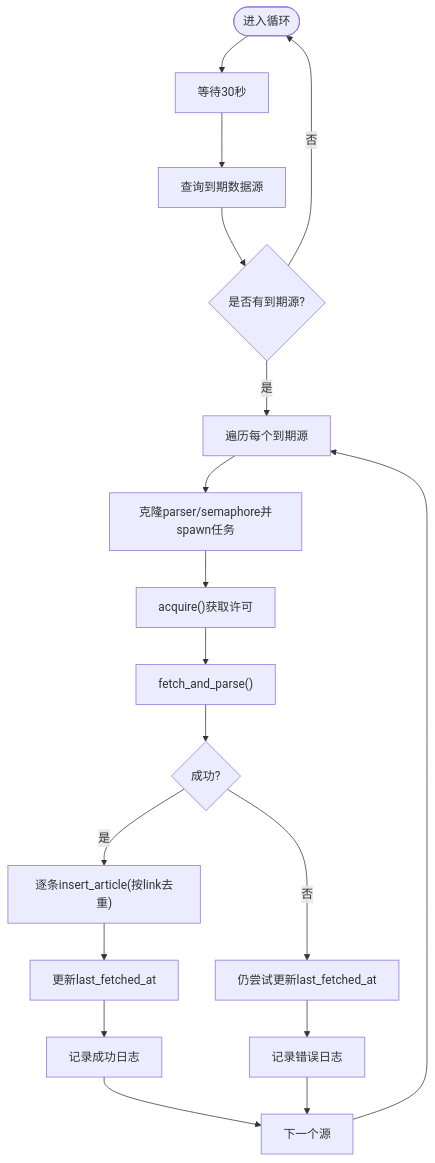
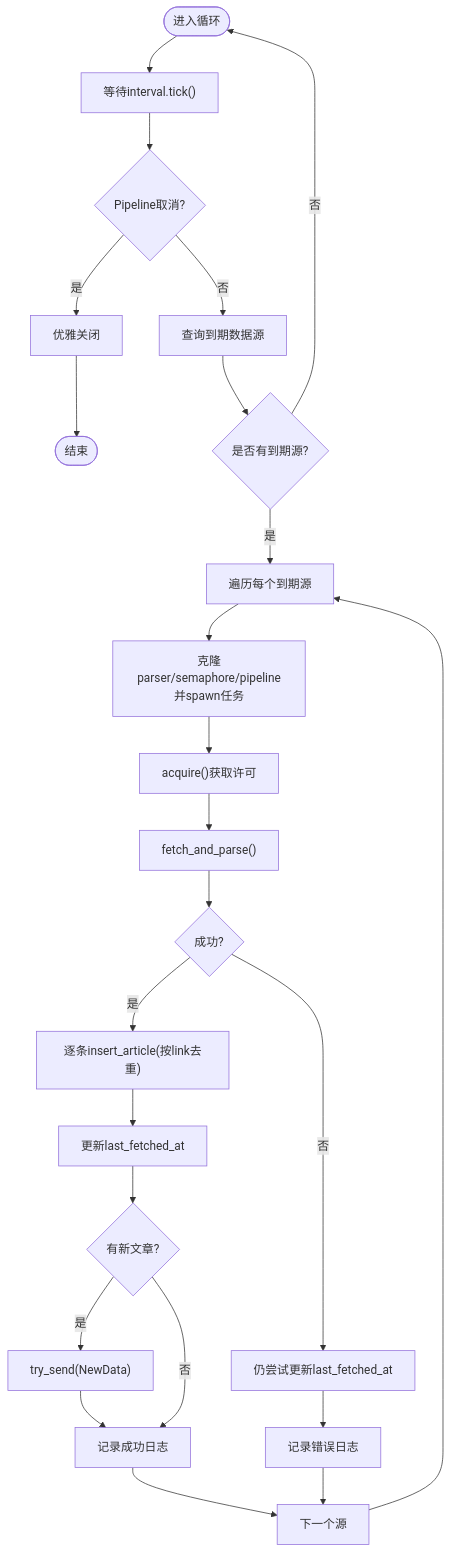
Before and after one commit to leimu-hue/AI-Trend-Tool: the fourth of 5 diagrams in .qoder/repowiki/zh/content/核心模块详解/内容采集模块（Parser）/内容采集模块（Parser）.md, drawn with Mermaid. The commit also changed other lines of this file and 74 other files, not shown here.

````diff
--- a/.qoder/repowiki/zh/content/核心模块详解/内容采集模块（Parser）/内容采集模块（Parser）.md
+++ b/.qoder/repowiki/zh/content/核心模块详解/内容采集模块（Parser）/内容采集模块（Parser）.md
@@ -196,20 +210,26 @@
 ```mermaid
 flowchart TD
-Start(["进入循环"]) --> Sleep["等待30秒"]
-Sleep --> Query["查询到期数据源"]
+Start(["进入循环"]) --> Tick["等待interval.tick()"]
+Tick --> CancelCheck{"Pipeline取消?"}
+CancelCheck --> |是| Shutdown["优雅关闭"]
+CancelCheck --> |否| Query["查询到期数据源"]
 Query --> HasDue{"是否有到期源?"}
 HasDue --> |否| Start
 HasDue --> |是| ForEach["遍历每个到期源"]
-ForEach --> Spawn["克隆parser/semaphore并spawn任务"]
+ForEach --> Spawn["克隆parser/semaphore/pipeline并spawn任务"]
 Spawn --> Acquire["acquire()获取许可"]
 Acquire --> Fetch["fetch_and_parse()"]
 Fetch --> Result{"成功?"}
 Result --> |是| Insert["逐条insert_article(按link去重)"]
 Insert --> UpdateOK["更新last_fetched_at"]
-UpdateOK --> LogOK["记录成功日志"]
+UpdateOK --> Notify{"有新文章?"}
+Notify --> |是| TrySend["try_send(NewData)"]
+Notify --> |否| LogOK["记录成功日志"]
+TrySend --> LogOK
 Result --> |否| UpdateFail["仍尝试更新last_fetched_at"]
 UpdateFail --> LogErr["记录错误日志"]
 LogOK --> Next["下一个源"]
 LogErr --> Next
 Next --> ForEach
+Shutdown --> End(["结束"])
 ```
````
